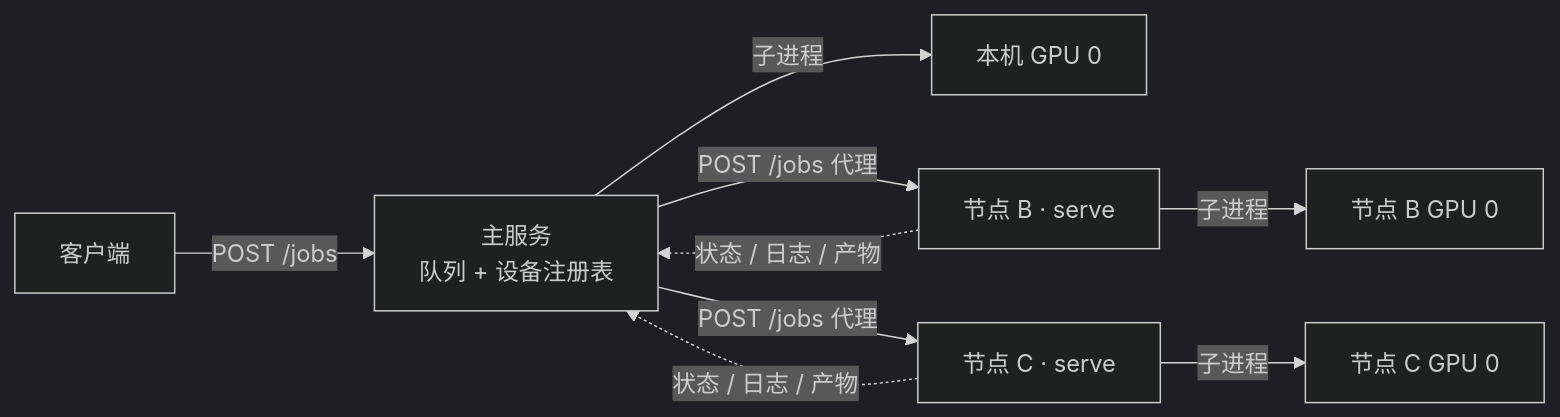
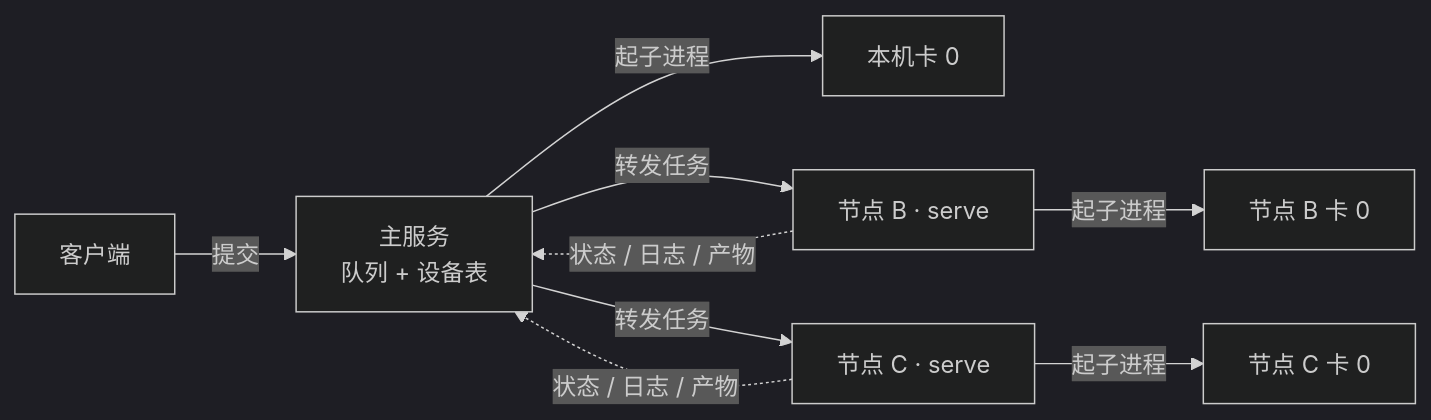
The seventh of 9 diagrams in src/content/posts/chest-smart-diagnosis.md (cixiy1/Yuki-blog), drawn with Mermaid (dark theme) before and after one commit. The commit also changed other lines of this file, not shown here.

````diff
--- a/src/content/posts/chest-smart-diagnosis.md
+++ b/src/content/posts/chest-smart-diagnosis.md
@@ -457,11 +382,11 @@
 ```mermaid
 flowchart LR
-  C["客户端"] -->|"POST /jobs"| S["主服务<br/>队列 + 设备注册表"]
-  S -->|"子进程"| L["本机 GPU 0"]
-  S -->|"POST /jobs 代理"| R1["节点 B · serve"]
-  R1 -->|"子进程"| B0["节点 B GPU 0"]
-  S -->|"POST /jobs 代理"| R2["节点 C · serve"]
-  R2 -->|"子进程"| C0["节点 C GPU 0"]
+  C["客户端"] -->|"提交"| S["主服务<br/>队列 + 设备表"]
+  S -->|"起子进程"| L["本机卡 0"]
+  S -->|"转发任务"| R1["节点 B · serve"]
+  R1 -->|"起子进程"| B0["节点 B 卡 0"]
+  S -->|"转发任务"| R2["节点 C · serve"]
+  R2 -->|"起子进程"| C0["节点 C 卡 0"]
   R1 -.->|"状态 / 日志 / 产物"| S
   R2 -.->|"状态 / 日志 / 产物"| S
 ```
````
